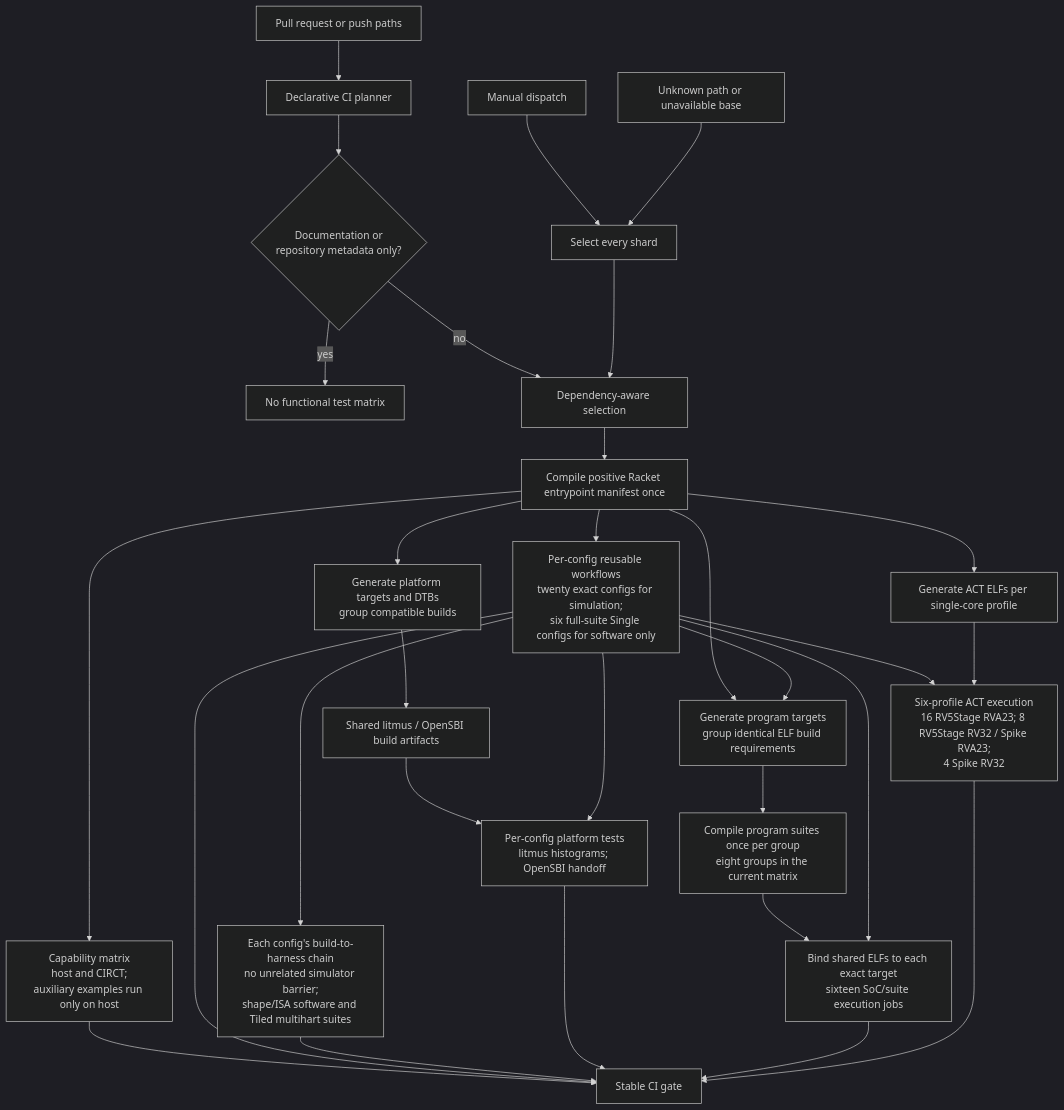
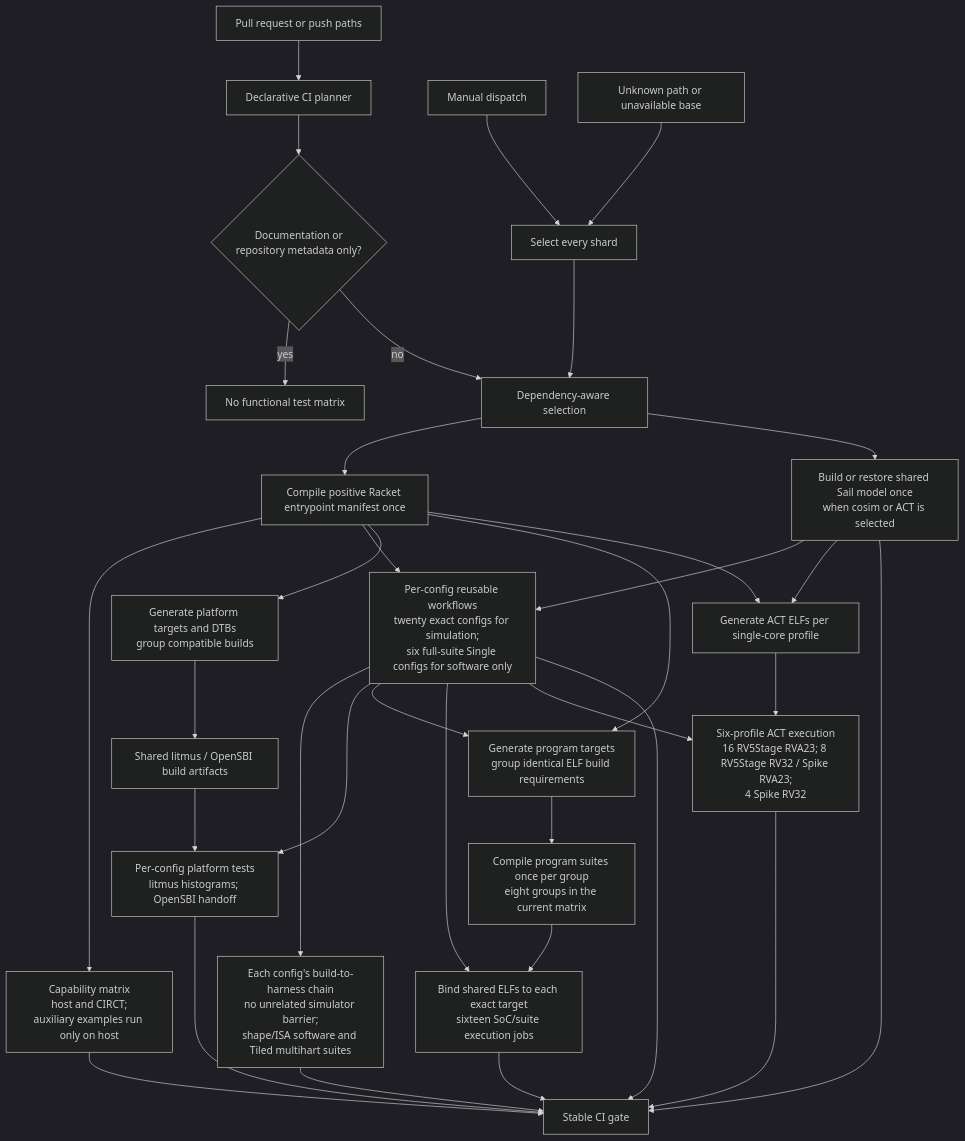
The diagram in tools/testing/DEVELOPING.md (jerryz123/rhodium), drawn with Mermaid (dark theme) before and after one commit. The commit also changed other lines of this file and 6 other files, not shown here.

Commit message:
dedup sail build

````diff
--- a/tools/testing/DEVELOPING.md
+++ b/tools/testing/DEVELOPING.md
@@ -165,32 +176,36 @@
 ```mermaid
 flowchart TD
     Changes["Pull request or push paths"] --> Classifier["Declarative CI planner"]
     Manual["Manual dispatch"] --> All["Select every shard"]
     Unknown["Unknown path or unavailable base"] --> All
     Classifier --> Docs{"Documentation or<br/>repository metadata only?"}
     Docs -->|yes| None["No functional test matrix"]
     Docs -->|no| Selected["Dependency-aware selection"]
     All --> Selected
     Selected --> Compile["Compile positive Racket entrypoint manifest once"]
+    Selected --> Sail["Build or restore shared Sail model once<br/>when cosim or ACT is selected"]
     Compile --> Checks["Capability matrix<br/>host and CIRCT;<br/>auxiliary examples run only on host"]
     Compile --> Simulators["Per-config reusable workflows<br/>twenty exact configs for simulation;<br/>six full-suite Single configs for software only"]
+    Sail --> Simulators
     Simulators --> Simulation["Each config's build-to-harness chain<br/>no unrelated simulator barrier;<br/>shape/ISA software and Tiled multihart suites"]
     Compile --> PlatformTargets["Generate platform targets and DTBs<br/>group compatible builds"]
     PlatformTargets --> PlatformBuilds["Shared litmus / OpenSBI build artifacts"]
     PlatformBuilds --> Platform["Per-config platform tests<br/>litmus histograms; OpenSBI handoff"]
     Simulators --> Platform
     Compile --> ProgramTargets["Generate program targets<br/>group identical ELF build requirements"]
     Simulators --> ProgramTargets
     ProgramTargets --> ProgramBuilds["Compile program suites once per group<br/>eight groups in the current matrix"]
     ProgramBuilds --> Programs["Bind shared ELFs to each exact target<br/>sixteen SoC/suite execution jobs"]
     Simulators --> Programs
     Compile --> ActBuild["Generate ACT ELFs per single-core profile"]
+    Sail --> ActBuild
     Simulators --> ActRun["Six-profile ACT execution<br/>16 RV5Stage RVA23; 8 RV5Stage RV32 / Spike RVA23;<br/>4 Spike RV32"]
     ActBuild --> ActRun
     Checks --> Gate["Stable CI gate"]
+    Sail --> Gate
     Simulators --> Gate
     Simulation --> Gate
     Platform --> Gate
     Programs --> Gate
     ActRun --> Gate
 ```
````
